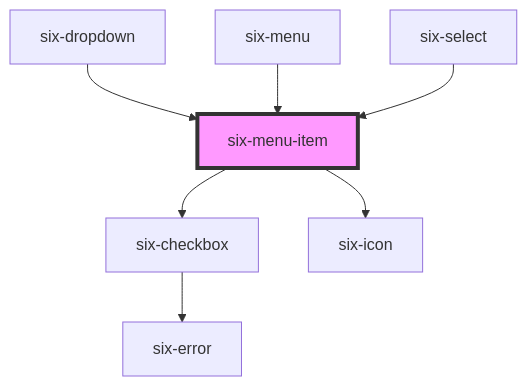
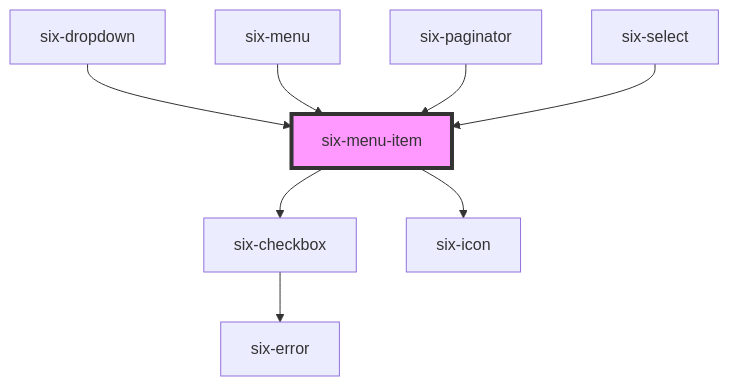
The diagram in libraries/ui-library/src/components/six-menu-item/readme.md (six-group/six-webcomponents), drawn with Mermaid before and after one commit. The commit also changed other lines of this file and 15 other files, not shown here.

````diff
--- a/libraries/ui-library/src/components/six-menu-item/readme.md
+++ b/libraries/ui-library/src/components/six-menu-item/readme.md
@@ -91,10 +92,11 @@
 ```mermaid
 graph TD;
   six-menu-item --> six-checkbox
   six-menu-item --> six-icon
   six-checkbox --> six-error
   six-dropdown --> six-menu-item
   six-menu --> six-menu-item
+  six-paginator --> six-menu-item
   six-select --> six-menu-item
   style six-menu-item fill:#f9f,stroke:#333,stroke-width:4px
 ```
````
